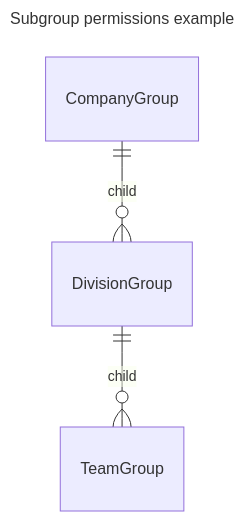
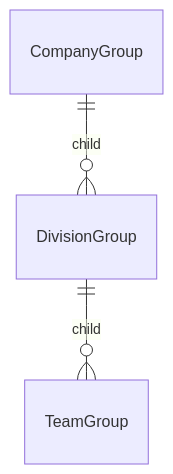
Before and after one commit to uselagoon/lagoon: the diagram in docs/concepts-basics/building-blocks/groups.md, drawn with Mermaid. The commit also changed other lines of this file, not shown here.

````diff
--- a/docs/concepts-basics/building-blocks/groups.md
+++ b/docs/concepts-basics/building-blocks/groups.md
@@ -30,8 +32,5 @@
-``` mermaid
----
-title: Subgroup permissions example
----
+```mermaid
 erDiagram
     CompanyGroup ||--o{ DivisionGroup : child
     DivisionGroup ||--o{ TeamGroup : child
 ```
````
